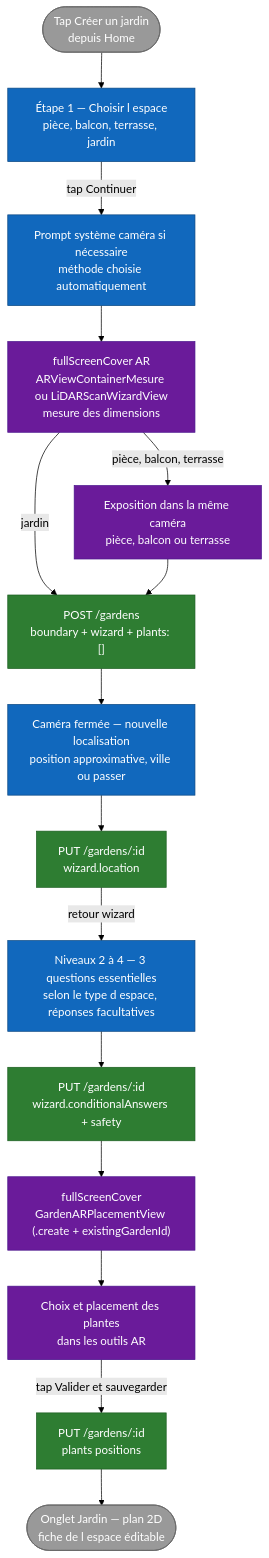
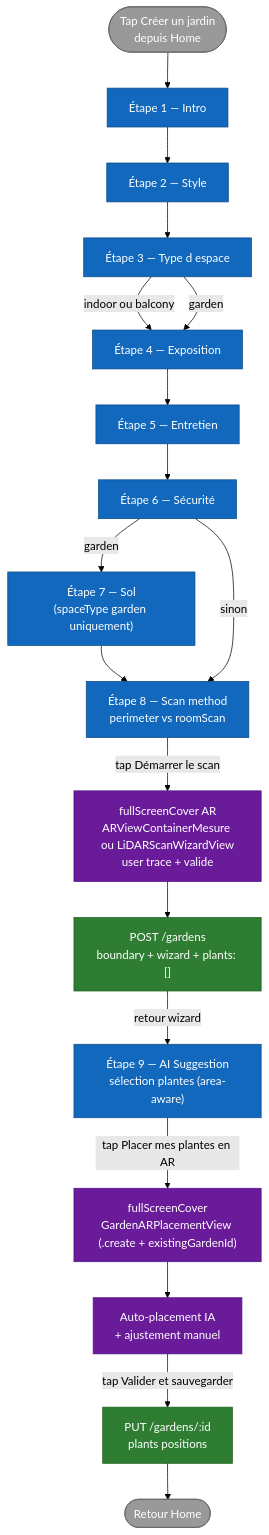
One commit to ArboreTeam/Arbore changed the diagram in docs/fr/flows/garden-creation.md. Above: the diagram before and after it, drawn with Mermaid (forest theme). The commit also changed other lines of this file and 15 other files, not shown here.

First line of the commit message:
revert(ios): restore the previous garden wizard + suggestion scoring (#327)

````diff
--- a/docs/fr/flows/garden-creation.md
+++ b/docs/fr/flows/garden-creation.md
@@ -13,42 +13,47 @@
 ```mermaid
 flowchart TB
     start_node([Tap Créer un jardin<br/>depuis Home])
 
-    spaceType["Étape 1 — Choisir l espace<br/>pièce, balcon, terrasse, jardin"]
-    permissions["Prompt système caméra si nécessaire<br/>méthode choisie automatiquement"]
-    trace_ar["fullScreenCover AR<br/>ARViewContainerMesure ou LiDARScanWizardView<br/>mesure des dimensions"]
-    exposure["Exposition dans la même caméra<br/>pièce, balcon ou terrasse"]
+    intro["Étape 1 — Intro"]
+    style_step["Étape 2 — Style"]
+    spaceType["Étape 3 — Type d espace"]
+    exposure["Étape 4 — Exposition"]
+    maintenance["Étape 5 — Entretien"]
+    safety["Étape 6 — Sécurité"]
+    soil["Étape 7 — Sol<br/>(spaceType garden uniquement)"]
+    scan["Étape 8 — Scan method<br/>perimeter vs roomScan"]
+
+    trace_ar["fullScreenCover AR<br/>ARViewContainerMesure ou LiDARScanWizardView<br/>user trace + valide"]
     post_garden["POST /gardens<br/>boundary + wizard + plants: []"]
-    location["Caméra fermée — nouvelle localisation<br/>position approximative, ville ou passer"]
-    update_garden["PUT /gardens/:id<br/>wizard.location"]
-    questions["Niveaux 2 à 4 — 3 questions essentielles<br/>selon le type d espace, réponses facultatives"]
-    update_constraints["PUT /gardens/:id<br/>wizard.conditionalAnswers + safety"]
+
+    ai["Étape 9 — AI Suggestion<br/>sélection plantes (area-aware)"]
     placement["fullScreenCover<br/>GardenARPlacementView (.create + existingGardenId)"]
-    manual_place["Choix et placement des plantes<br/>dans les outils AR"]
+    auto_place["Auto-placement IA<br/>+ ajustement manuel"]
     put_garden["PUT /gardens/:id<br/>plants positions"]
 
-    plan2d([Onglet Jardin — plan 2D<br/>fiche de l espace éditable])
+    home([Retour Home])
 
-    start_node --> spaceType
-    spaceType -->|tap Continuer| permissions
-    permissions --> trace_ar
-    trace_ar -->|pièce, balcon, terrasse| exposure
-    trace_ar -->|jardin| post_garden
-    exposure --> post_garden
-    post_garden --> location
-    location --> update_garden
-    update_garden -->|retour wizard| questions
-    questions --> update_constraints --> placement
-    placement --> manual_place
-    manual_place -->|tap Valider et sauvegarder| put_garden
-    put_garden --> plan2d
+    start_node --> intro --> style_step --> spaceType
+    spaceType -->|indoor ou balcony| exposure
+    spaceType -->|garden| exposure
+    exposure --> maintenance --> safety
+    safety -->|garden| soil --> scan
+    safety -->|sinon| scan
+
+    scan -->|tap Démarrer le scan| trace_ar
+    trace_ar --> post_garden
+    post_garden -->|retour wizard| ai
+    ai -->|tap Placer mes plantes en AR| placement
+    placement --> auto_place
+    auto_place -->|tap Valider et sauvegarder| put_garden
+    put_garden --> home
 
     classDef step  fill:#1168BD,stroke:#0B4884,color:#fff
     classDef cond  fill:#2E7D32,stroke:#1B5E20,color:#fff
     classDef ar    fill:#6A1B9A,stroke:#4A148C,color:#fff
     classDef io    fill:#999,stroke:#666,color:#fff
-    class spaceType,permissions,location,questions step
-    class post_garden,update_garden,update_constraints,put_garden cond
-    class trace_ar,exposure,placement,manual_place ar
-    class start_node,plan2d io
+    class intro,style_step,spaceType,exposure,maintenance,safety,soil,scan,ai step
+    class post_garden,put_garden cond
+    class trace_ar,placement,auto_place ar
+    class start_node,home io
 ```
````
